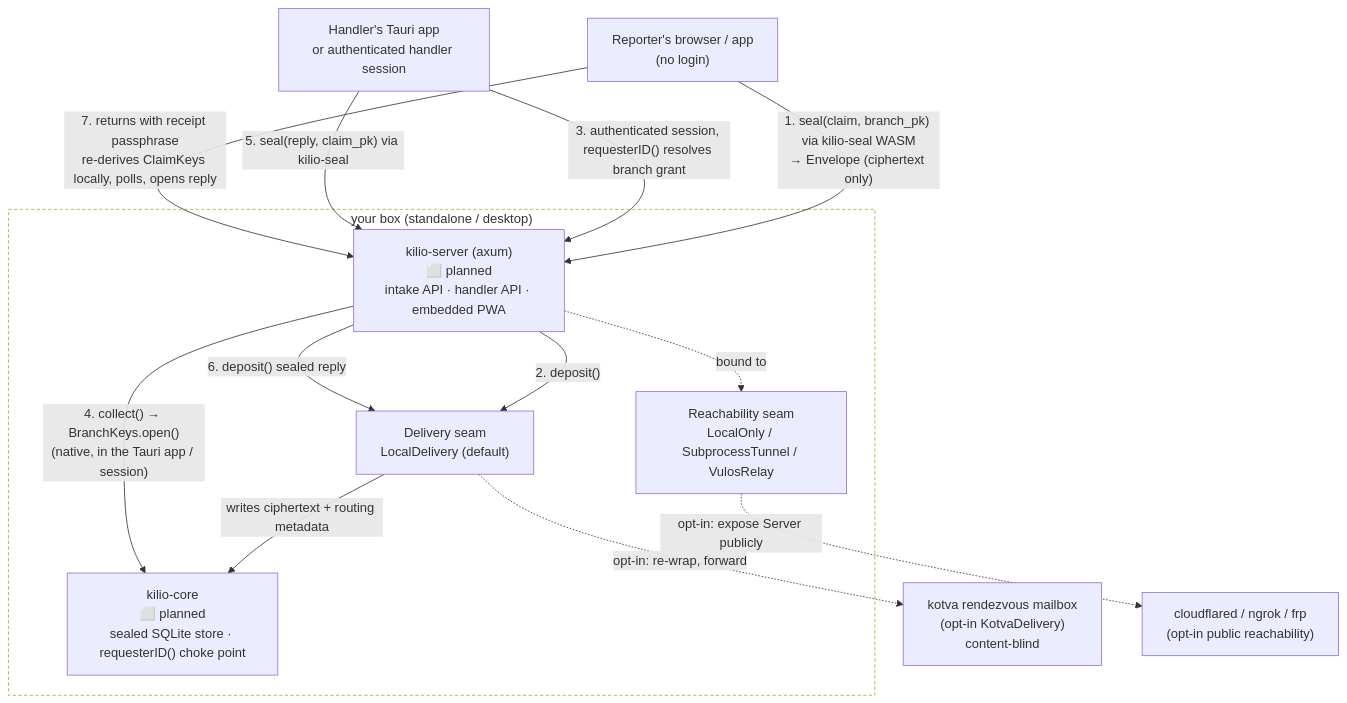
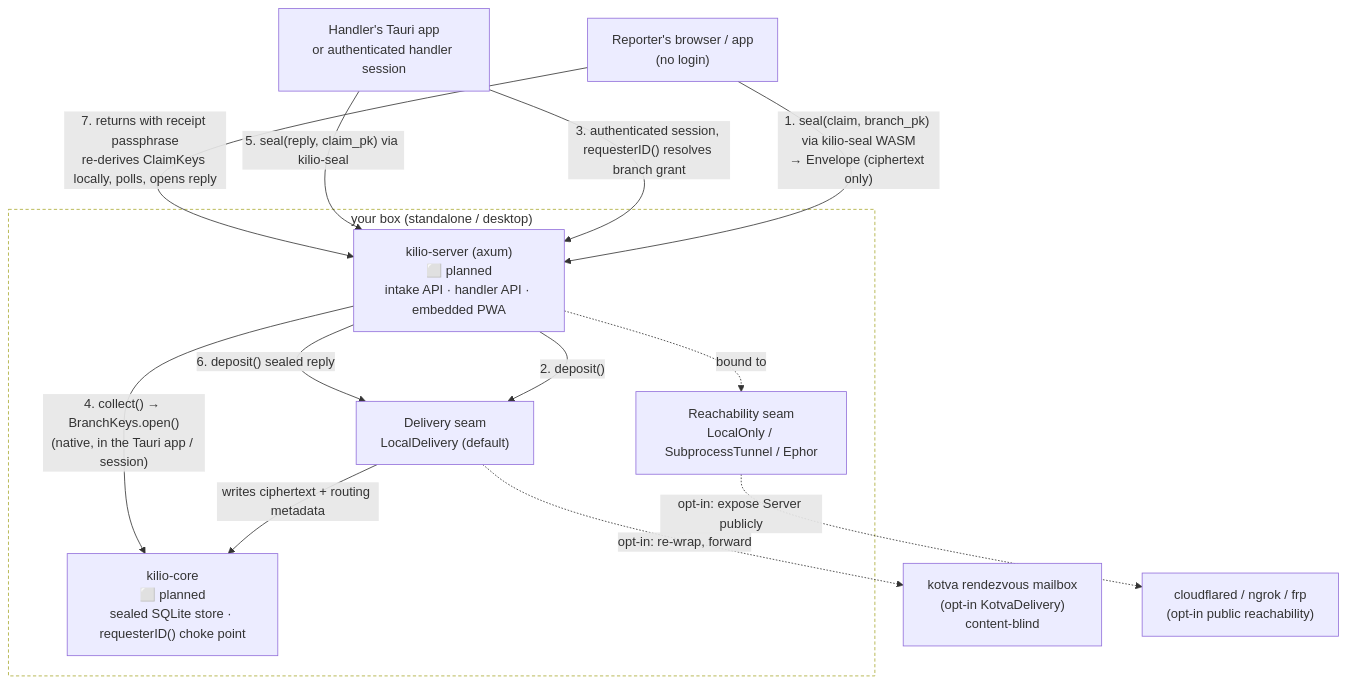
Before and after one commit to vul-os/kilio: the diagram in docs/ARCHITECTURE.md, drawn with Mermaid. The commit also changed other lines of this file and 3 other files, not shown here.

First line of the commit message:
docs: name the sovereign tunnel seam Ephor

````diff
--- a/docs/ARCHITECTURE.md
+++ b/docs/ARCHITECTURE.md
@@ -130,31 +130,31 @@
 ```mermaid
 flowchart TD
     Reporter["Reporter's browser / app<br/>(no login)"]
     Handler["Handler's Tauri app<br/>or authenticated handler session"]
 
     subgraph Box["your box (standalone / desktop)"]
         Server["kilio-server (axum)<br/>⬜ planned<br/>intake API · handler API · embedded PWA"]
         Core["kilio-core<br/>⬜ planned<br/>sealed SQLite store · requesterID() choke point"]
         Delivery["Delivery seam<br/>LocalDelivery (default)"]
-        Reach["Reachability seam<br/>LocalOnly / SubprocessTunnel / VulosRelay"]
+        Reach["Reachability seam<br/>LocalOnly / SubprocessTunnel / Ephor"]
     end
 
     KotvaRelay["kotva rendezvous mailbox<br/>(opt-in KotvaDelivery)<br/>content-blind"]
     TunnelProvider["cloudflared / ngrok / frp<br/>(opt-in public reachability)"]
 
     Reporter -- "1. seal(claim, branch_pk) via kilio-seal WASM<br/>→ Envelope (ciphertext only)" --> Server
     Server -- "2. deposit()" --> Delivery
     Delivery -- "writes ciphertext + routing metadata" --> Core
     Delivery -. "opt-in: re-wrap, forward" .-> KotvaRelay
     Reach -. "opt-in: expose Server publicly" .-> TunnelProvider
     Server -. bound to .-> Reach
 
     Handler -- "3. authenticated session, requesterID() resolves branch grant" --> Server
     Server -- "4. collect() → BranchKeys.open()<br/>(native, in the Tauri app / session)" --> Core
     Handler -- "5. seal(reply, claim_pk) via kilio-seal" --> Server
     Server -- "6. deposit() sealed reply" --> Delivery
 
     Reporter -- "7. returns with receipt passphrase<br/>re-derives ClaimKeys locally, polls, opens reply" --> Server
 
     style Box fill:#0000,stroke-dasharray: 4 3
 ```
````
